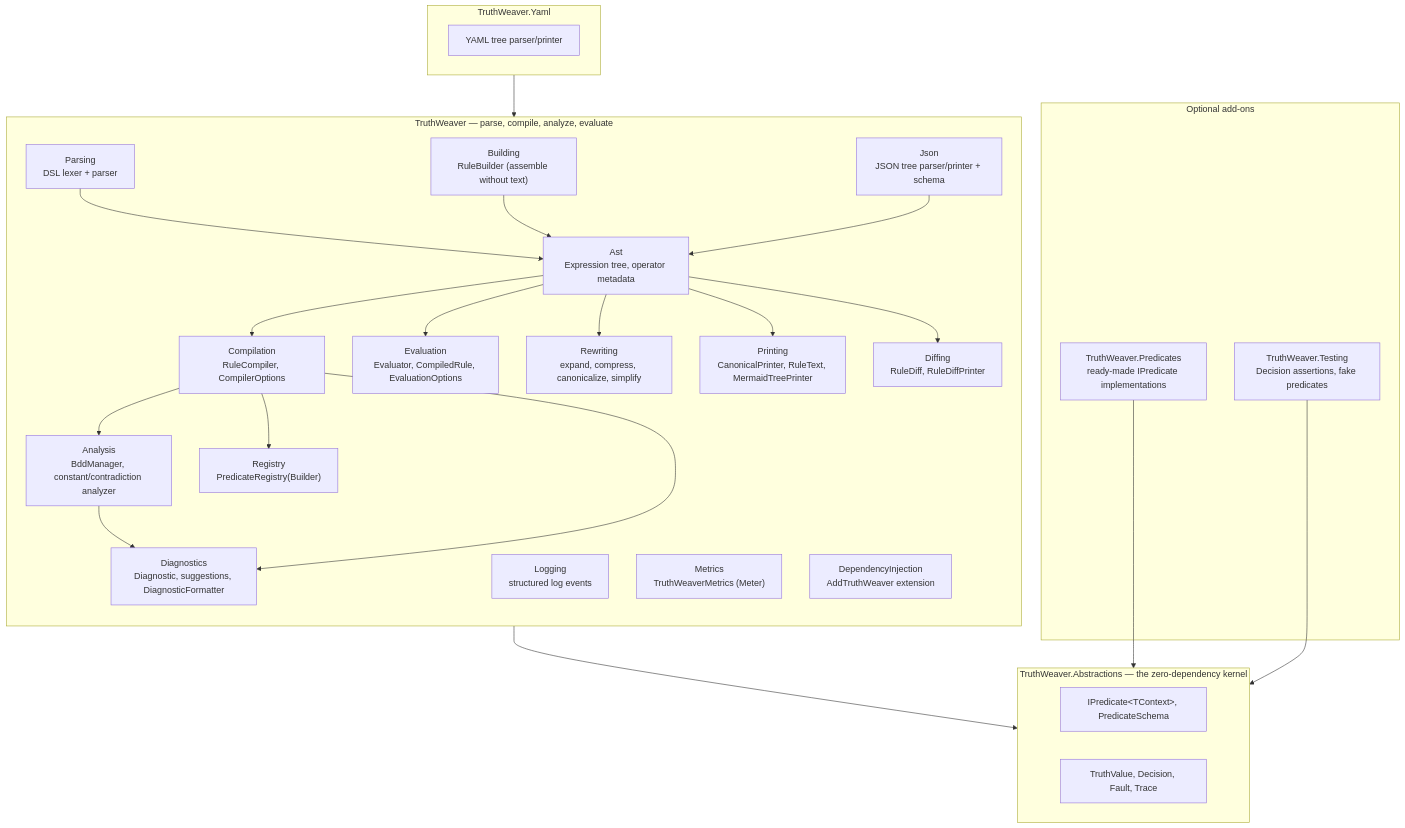
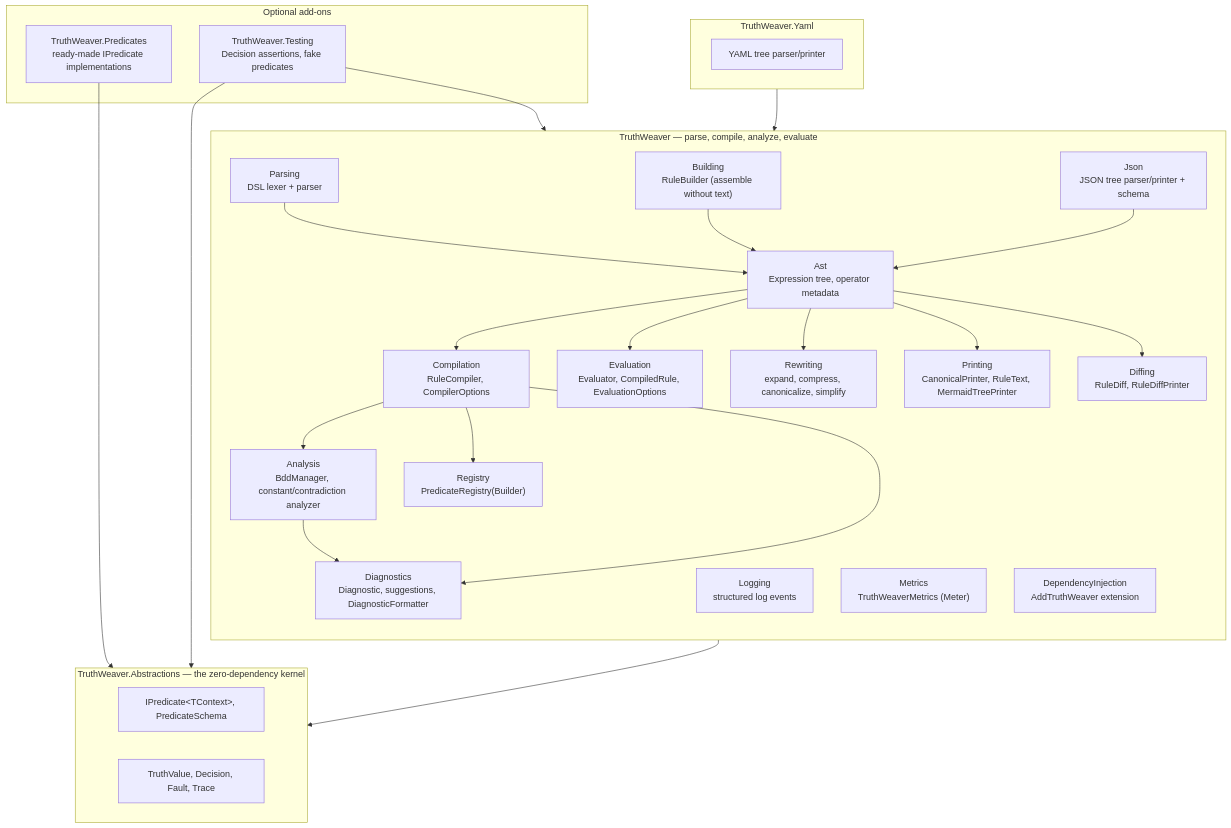
One commit to rheone/TruthWeaver changed the first of 3 diagrams in docs/architecture.md. Above: the diagram before and after it, drawn with Mermaid. The commit also changed 527 other files, not shown here.

First line of the commit message:
Settle the library roadmap: specs, tickets, source generator and samples

````diff
--- a/docs/architecture.md
+++ b/docs/architecture.md
@@ -10,53 +10,54 @@
 ```mermaid
 flowchart TD
     subgraph Kernel["TruthWeaver.Abstractions — the zero-dependency kernel"]
         IPredicate["IPredicate&lt;TContext&gt;, PredicateSchema"]
         Types["TruthValue, Decision, Fault, Trace"]
     end
 
     subgraph Core["TruthWeaver — parse, compile, analyze, evaluate"]
         direction TB
         Parsing["Parsing<br/>DSL lexer + parser"]
         Ast["Ast<br/>Expression tree, operator metadata"]
         Rewriting["Rewriting<br/>expand, compress, canonicalize, simplify"]
         Compilation["Compilation<br/>RuleCompiler, CompilerOptions"]
         Analysis["Analysis<br/>BddManager, constant/contradiction analyzer"]
         Building["Building<br/>RuleBuilder (assemble without text)"]
         Registry["Registry<br/>PredicateRegistry(Builder)"]
         Evaluation["Evaluation<br/>Evaluator, CompiledRule, EvaluationOptions"]
         Diagnostics["Diagnostics<br/>Diagnostic, suggestions, DiagnosticFormatter"]
         Json["Json<br/>JSON tree parser/printer + schema"]
         Printing["Printing<br/>CanonicalPrinter, RuleText, MermaidTreePrinter"]
         Diffing["Diffing<br/>RuleDiff, RuleDiffPrinter"]
         Logging["Logging<br/>structured log events"]
         Metrics["Metrics<br/>TruthWeaverMetrics (Meter)"]
         DI["DependencyInjection<br/>AddTruthWeaver extension"]
 
         Parsing --> Ast
         Building --> Ast
         Json --> Ast
         Ast --> Compilation
         Compilation --> Analysis
         Compilation --> Registry
         Analysis --> Diagnostics
         Compilation --> Diagnostics
         Ast --> Evaluation
         Ast --> Rewriting
         Ast --> Printing
         Ast --> Diffing
     end
 
     subgraph YamlPkg["TruthWeaver.Yaml"]
         Yaml["YAML tree parser/printer"]
     end
 
     subgraph Extras["Optional add-ons"]
         Predicates["TruthWeaver.Predicates<br/>ready-made IPredicate implementations"]
         Testing["TruthWeaver.Testing<br/>Decision assertions, fake predicates"]
     end
 
     Core --> Kernel
     YamlPkg --> Core
     Predicates --> Kernel
     Testing --> Kernel
+    Testing --> Core
 ```
````
